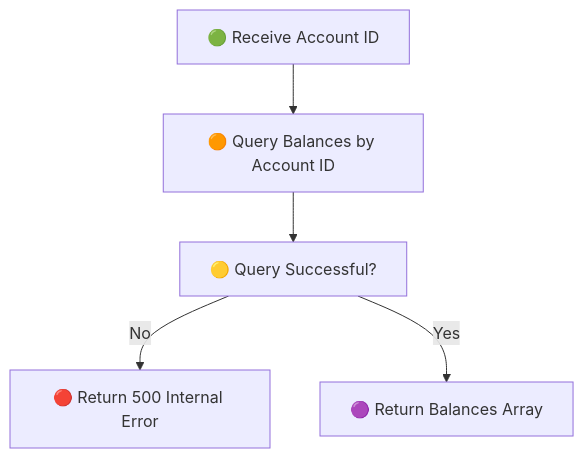
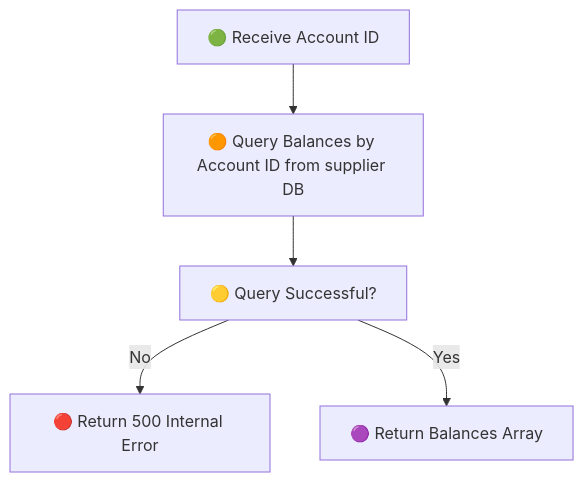
One commit to trunghc97/blockchain changed the tenth of 19 diagrams in API_Flow_Diagrams.md. Above: the diagram before and after it, drawn with Mermaid. The commit also changed other lines of this file and 4 other files, not shown here.

````diff
--- a/API_Flow_Diagrams.md
+++ b/API_Flow_Diagrams.md
@@ -154,7 +204,7 @@
 ```mermaid
 flowchart TD
-    A[🟢 Receive Account ID] --> B[🟠 Query Balances by Account ID]
+    A[🟢 Receive Account ID] --> B[🟠 Query Balances by Account ID from supplier DB]
     B --> C[🟡 Query Successful?]
     C -->|No| D[🔴 Return 500 Internal Error]
     C -->|Yes| E[🟣 Return Balances Array]
 ```
````
